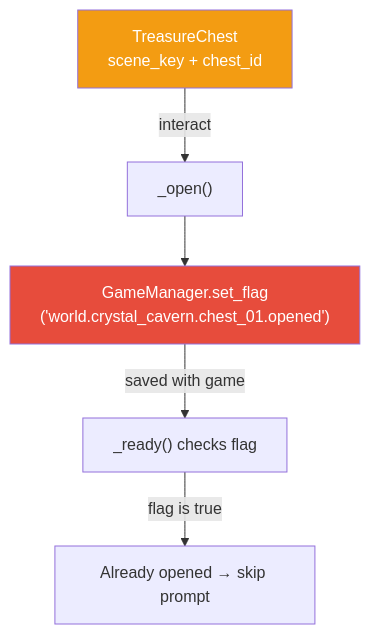
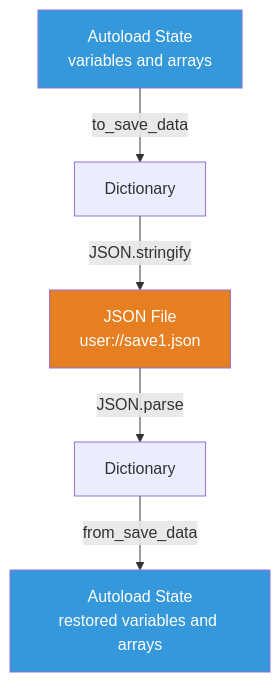
Before and after one commit to Jorge-D-Robles/gemini-fantasy: diagram 40 of 50 in tutorial/diagrams.md, drawn with Mermaid. The commit also changed other lines of this file and 24 other files, not shown here.

Commit message:
Refine tutorial Mermaid diagrams

````diff
--- a/tutorial/diagrams.md
+++ b/tutorial/diagrams.md
@@ -836,16 +942,17 @@
 ```mermaid
 graph TD
-    Chest["TreasureChest\nscene_key + chest_id"]
-    Open["_open()"]
-    Flag["GameManager.set_flag\n('world.crystal_cavern.chest_01.opened')"]
-    Ready["_ready() checks flag"]
-    Skip["Already opened → skip prompt"]
+    AutoS["Autoload State\nvariables and arrays"]
+    DictS["Dictionary"]
+    File["JSON File\nuser://save1.json"]
+    DictL["Dictionary"]
+    AutoL["Autoload State\nrestored variables and arrays"]
 
-    Chest -->|interact| Open
-    Open --> Flag
-    Flag -->|saved with game| Ready
-    Ready -->|flag is true| Skip
+    AutoS -->|to_save_data| DictS
+    DictS -->|JSON.stringify| File
+    File -->|JSON.parse| DictL
+    DictL -->|from_save_data| AutoL
 
-    style Flag fill:#e74c3c,color:#fff
-    style Chest fill:#f39c12,color:#fff
+    style AutoS fill:#3498db,color:#fff
+    style AutoL fill:#3498db,color:#fff
+    style File fill:#e67e22,color:#fff
 ```
````
